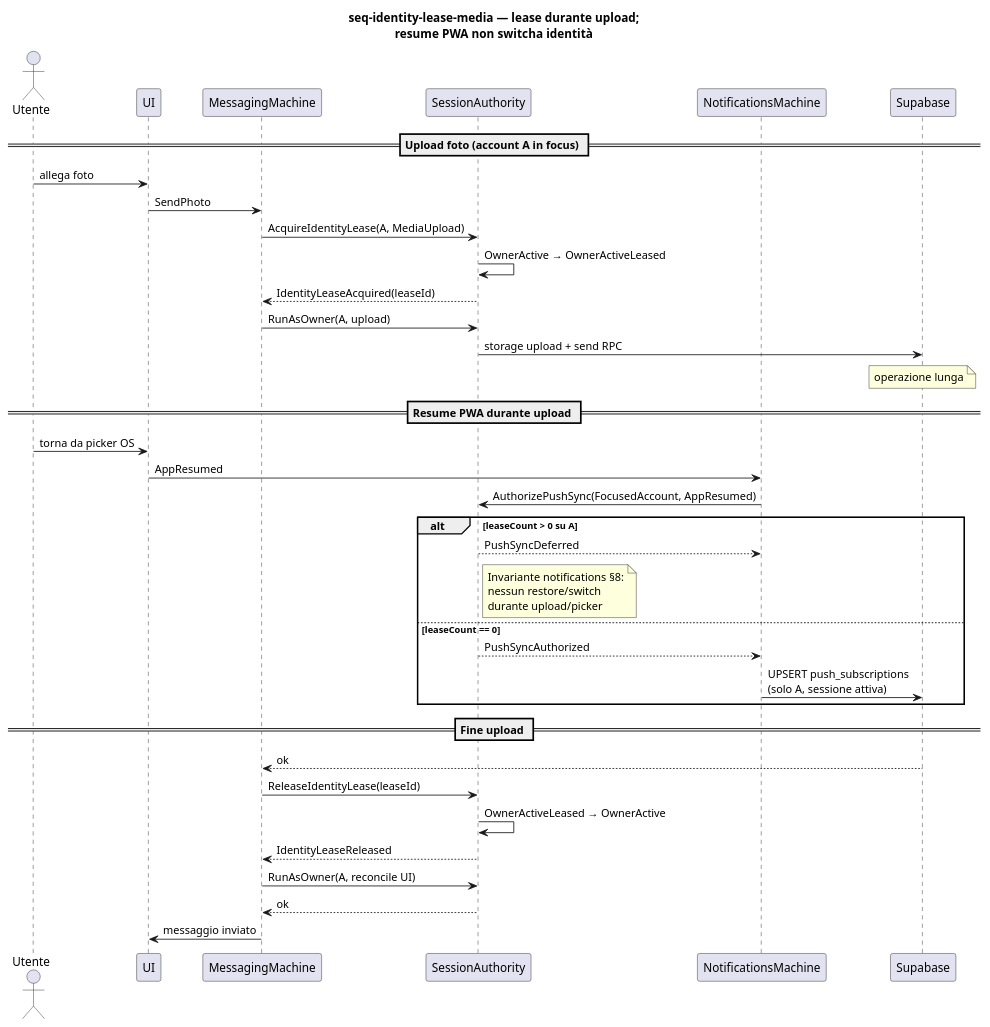
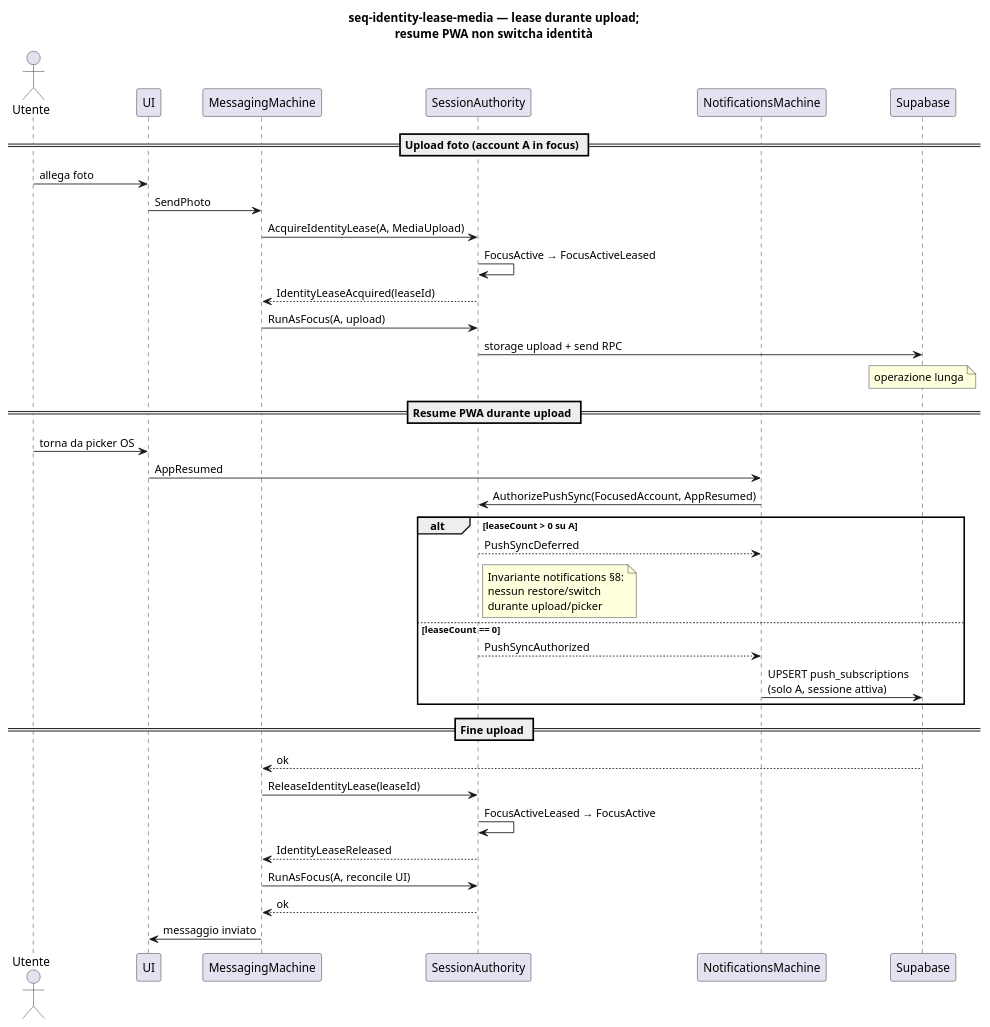
The diagram in docs/model/uml/multi-account/seq-identity-lease-media.puml (alfred-im/alfred-im), drawn with PlantUML before and after one commit. The commit also changed 200 other files, not shown here.

```diff
--- a/docs/model/uml/multi-account/seq-identity-lease-media.puml
+++ b/docs/model/uml/multi-account/seq-identity-lease-media.puml
@@ -1,57 +1,57 @@
 @startuml seq-identity-lease-media
 ' Context: multi-account + messaging + notifications
 ' Profile: client
 ' SDD: PROM-CHAT-MEDIA, PROM-PUSH-NOTIFY (incidente #229)
 ' Revision: 2026-08-02
 
 title seq-identity-lease-media — lease durante upload;\nresume PWA non switcha identità
 
 actor Utente
 participant "UI" as UI
 participant "MessagingMachine" as Msg
 participant "SessionAuthority" as SA
 participant "NotificationsMachine" as Notif
 participant "Supabase" as SB
 
 == Upload foto (account A in focus) ==
 
 Utente -> UI : allega foto
 UI -> Msg : SendPhoto
 Msg -> SA : AcquireIdentityLease(A, MediaUpload)
-SA -> SA : OwnerActive → OwnerActiveLeased
+SA -> SA : FocusActive → FocusActiveLeased
 SA --> Msg : IdentityLeaseAcquired(leaseId)
 
-Msg -> SA : RunAsOwner(A, upload)
+Msg -> SA : RunAsFocus(A, upload)
 SA -> SB : storage upload + send RPC
 note over SB : operazione lunga
 
 == Resume PWA durante upload ==
 
 Utente -> UI : torna da picker OS
 UI -> Notif : AppResumed
 Notif -> SA : AuthorizePushSync(FocusedAccount, AppResumed)
 
 alt leaseCount > 0 su A
   SA --> Notif : PushSyncDeferred
   note right of SA
     Invariante notifications §8:
     nessun restore/switch
     durante upload/picker
   end note
 else leaseCount == 0
   SA --> Notif : PushSyncAuthorized
   Notif -> SB : UPSERT push_subscriptions\n(solo A, sessione attiva)
 end
 
 == Fine upload ==
 
 SB --> Msg : ok
 Msg -> SA : ReleaseIdentityLease(leaseId)
-SA -> SA : OwnerActiveLeased → OwnerActive
+SA -> SA : FocusActiveLeased → FocusActive
 SA --> Msg : IdentityLeaseReleased
 
-Msg -> SA : RunAsOwner(A, reconcile UI)
+Msg -> SA : RunAsFocus(A, reconcile UI)
 SA --> Msg : ok
 Msg -> UI : messaggio inviato
 
 @enduml
```
